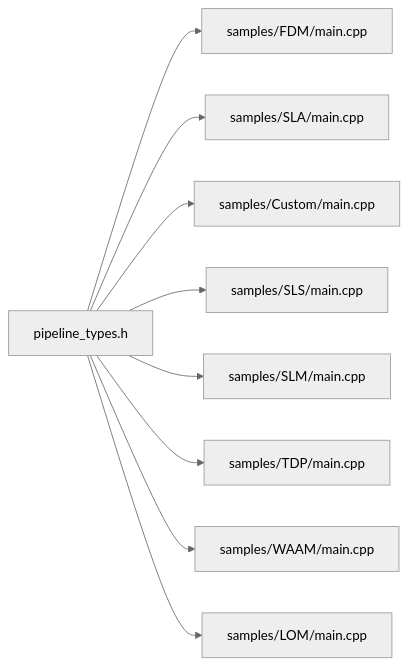
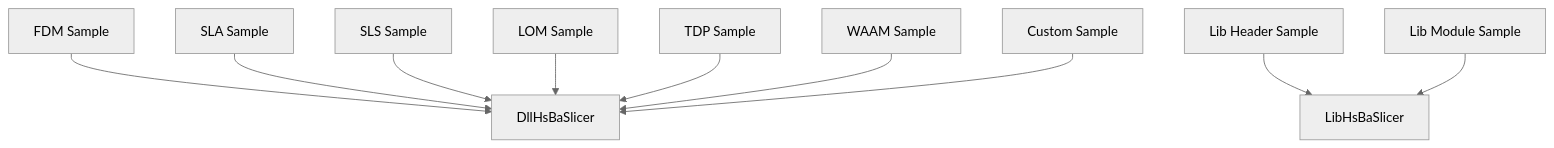
Diagram 12 of 12 in .qoder/repowiki/en/content/Examples & Samples/Examples & Samples.md (hsmbanlance/HsBaSlicer), drawn with Mermaid (neutral theme) before and after one commit. The commit also changed other lines of this file and 1095 other files, not shown here.

````diff
--- a/.qoder/repowiki/en/content/Examples & Samples/Examples & Samples.md
+++ b/.qoder/repowiki/en/content/Examples & Samples/Examples & Samples.md
@@ -492,11 +559,12 @@
 ```mermaid
-graph LR
-Types["pipeline_types.h"] --> FDM["samples/FDM/main.cpp"]
-Types --> SLA["samples/SLA/main.cpp"]
-Types --> Custom["samples/Custom/main.cpp"]
-Types --> SLS["samples/SLS/main.cpp"]
-Types --> SLM["samples/SLM/main.cpp"]
-Types --> TDP["samples/TDP/main.cpp"]
-Types --> WAAM["samples/WAAM/main.cpp"]
-Types --> LOM["samples/LOM/main.cpp"]
+graph TB
+FDM_Sample["FDM Sample"] --> Dll["DllHsBaSlicer"]
+SLA_Sample["SLA Sample"] --> Dll
+SLS_Sample["SLS Sample"] --> Dll
+LOM_Sample["LOM Sample"] --> Dll
+TDP_Sample["TDP Sample"] --> Dll
+WAAM_Sample["WAAM Sample"] --> Dll
+Custom_Sample["Custom Sample"] --> Dll
+LibHeader["Lib Header Sample"] --> Lib["LibHsBaSlicer"]
+LibModule["Lib Module Sample"] --> Lib
 ```
````
